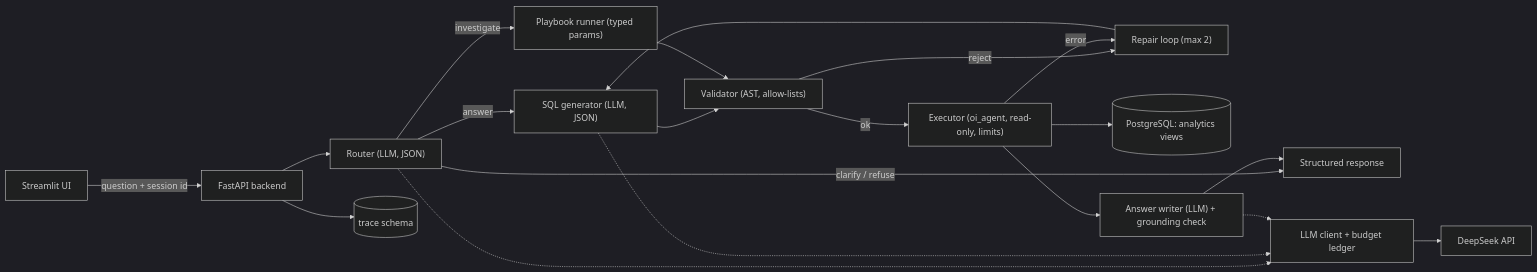
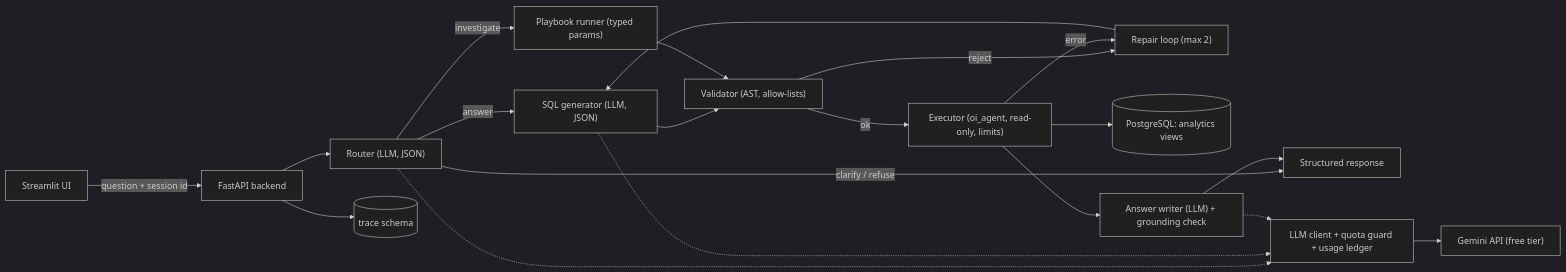
The diagram in docs/TECHNICAL_DESIGN.md (Saicharan519/AI-Order-Intelligence-Agent), drawn with Mermaid (dark theme) before and after one commit. The commit also changed other lines of this file and 6 other files, not shown here.

Commit message:
Switch the LLM provider from DeepSeek to the free Gemini API tier.

````diff
--- a/docs/TECHNICAL_DESIGN.md
+++ b/docs/TECHNICAL_DESIGN.md
@@ -26,22 +26,22 @@
 ```mermaid
 flowchart LR
   UI["Streamlit UI"] -->|"question + session id"| API["FastAPI backend"]
   API --> RT["Router (LLM, JSON)"]
   RT -->|answer| SG["SQL generator (LLM, JSON)"]
   RT -->|investigate| PB["Playbook runner (typed params)"]
   RT -->|"clarify / refuse"| OUT["Structured response"]
   SG --> VAL["Validator (AST, allow-lists)"]
   PB --> VAL
   VAL -->|ok| EX["Executor (oi_agent, read-only, limits)"]
   VAL -->|reject| RP["Repair loop (max 2)"]
   EX -->|error| RP
   RP --> SG
   EX --> DB[("PostgreSQL: analytics views")]
   EX --> AW["Answer writer (LLM) + grounding check"]
   AW --> OUT
   API --> TR[("trace schema")]
-  LLM["LLM client + budget ledger"] --> DS["DeepSeek API"]
+  LLM["LLM client + quota guard + usage ledger"] --> DS["Gemini API (free tier)"]
   RT -.-> LLM
   SG -.-> LLM
   AW -.-> LLM
 ```
````
